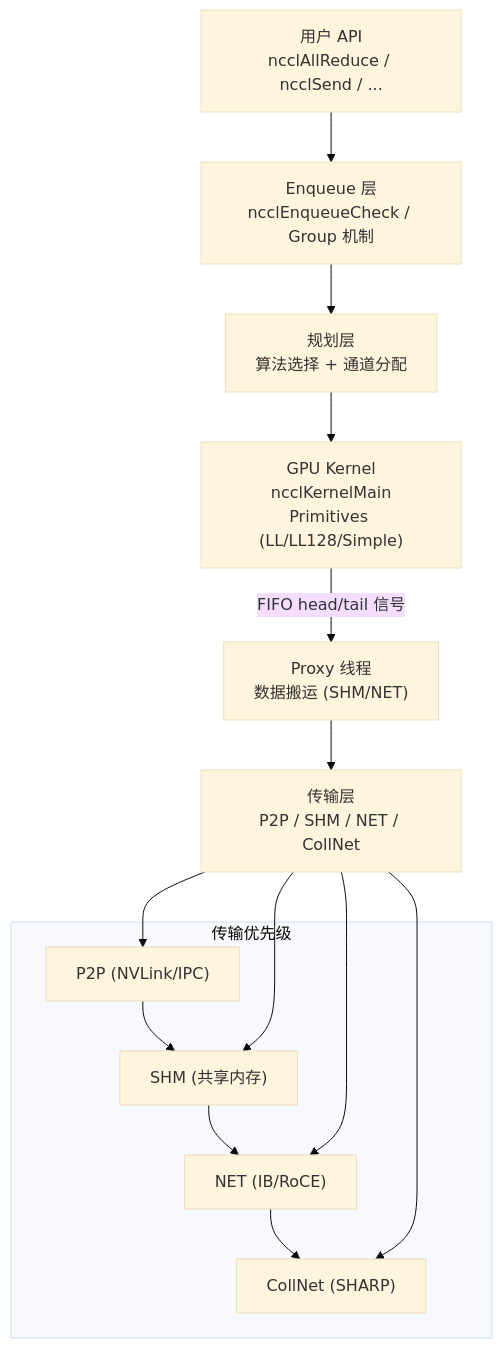
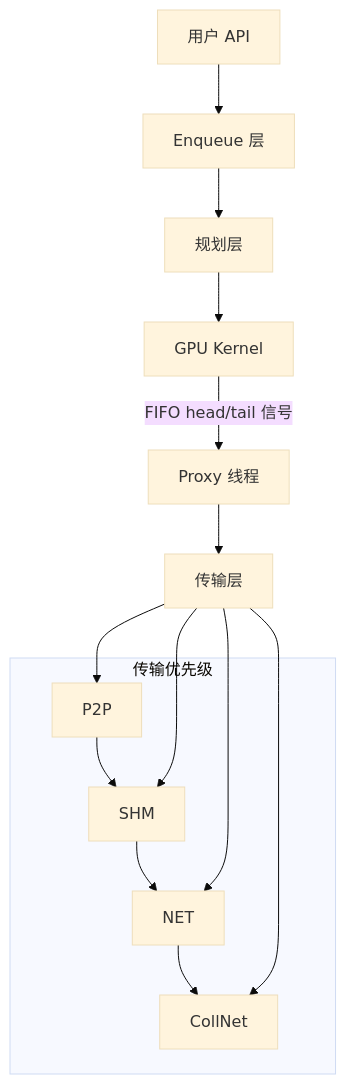
One commit to carlvinhust2012/MyStudy changed the first of 10 diagrams in AI Infra相关/nccl/nccl通信流程分析.md. Above: the diagram before and after it, drawn with Mermaid (base theme). The commit also changed other lines of this file, not shown here.

Commit message:
update the nccl file

````diff
--- a/AI Infra相关/nccl/nccl通信流程分析.md
+++ b/AI Infra相关/nccl/nccl通信流程分析.md
@@ -9,26 +9,26 @@
 ```mermaid
 graph TB
-    User["用户 API\nncclAllReduce / ncclSend / ..."]
-    Enqueue["Enqueue 层\nncclEnqueueCheck / Group 机制"]
-    Plan["规划层\n算法选择 + 通道分配"]
-    Kernel["GPU Kernel\nncclKernelMain\nPrimitives (LL/LL128/Simple)"]
-    Proxy["Proxy 线程\n数据搬运 (SHM/NET)"]
-    Trans["传输层\nP2P / SHM / NET / CollNet"]
+    User["用户 API"]
+    Enqueue["Enqueue 层"]
+    Plan["规划层"]
+    Kernel["GPU Kernel"]
+    Proxy["Proxy 线程"]
+    Trans["传输层"]
 
     User --> Enqueue --> Plan --> Kernel
     Kernel -->|"FIFO head/tail 信号"| Proxy
     Proxy --> Trans
 
-    subgraph "传输优先级"
-        P2P["P2P (NVLink/IPC)"]
-        SHM["SHM (共享内存)"]
-        NET["NET (IB/RoCE)"]
-        Coll["CollNet (SHARP)"]
+    subgraph 传输优先级
+        P2P["P2P"]
+        SHM["SHM"]
+        NET["NET"]
+        Coll["CollNet"]
         P2P --> SHM --> NET --> Coll
     end
 
     Trans --> P2P
     Trans --> SHM
     Trans --> NET
     Trans --> Coll
 ```
````
